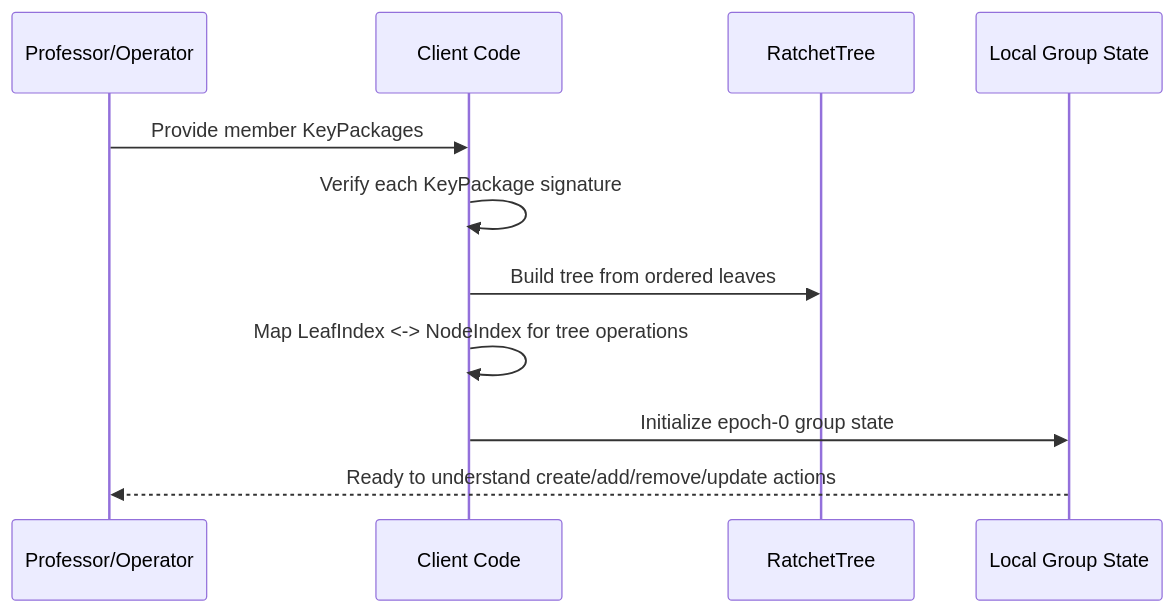
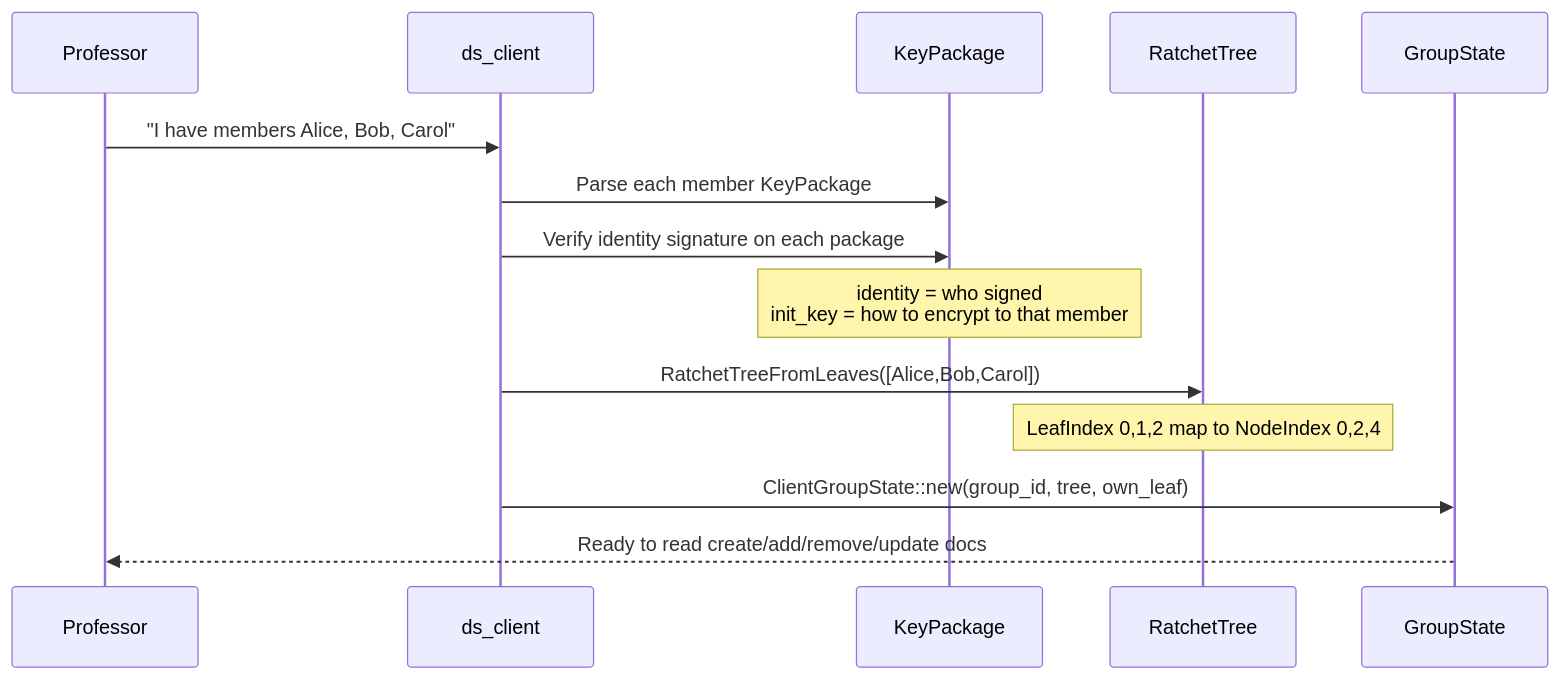
Before and after one commit to Parsania80/Master-Hybrid-MLS: the diagram in implementation/hybrid_mls/protocol-actions/Introduction.md, drawn with Mermaid. The commit also changed other lines of this file and 2 other files, not shown here.

Commit message:
part 1 explanation to professor based on protocol style.md

````diff
--- a/implementation/hybrid_mls/protocol-actions/Introduction.md
+++ b/implementation/hybrid_mls/protocol-actions/Introduction.md
@@ -70,14 +106,17 @@
 ```mermaid
 sequenceDiagram
-    participant P as Professor/Operator
-    participant C as Client Code
-    participant T as RatchetTree
-    participant S as Local Group State
+    participant Prof as Professor
+    participant CLI as ds_client
+    participant KP as KeyPackage
+    participant Tree as RatchetTree
+    participant State as GroupState
 
-    P->>C: Provide member KeyPackages
-    C->>C: Verify each KeyPackage signature
-    C->>T: Build tree from ordered leaves
-    C->>C: Map LeafIndex <-> NodeIndex for tree operations
-    C->>S: Initialize epoch-0 group state
-    S-->>P: Ready to understand create/add/remove/update actions
+    Prof->>CLI: "I have members Alice, Bob, Carol"
+    CLI->>KP: Parse each member KeyPackage
+    CLI->>KP: Verify identity signature on each package
+    Note over KP: identity = who signed<br/>init_key = how to encrypt to that member
+    CLI->>Tree: RatchetTreeFromLeaves([Alice,Bob,Carol])
+    Note over Tree: LeafIndex 0,1,2 map to NodeIndex 0,2,4
+    CLI->>State: ClientGroupState::new(group_id, tree, own_leaf)
+    State-->>Prof: Ready to read create/add/remove/update docs
 ```
````
